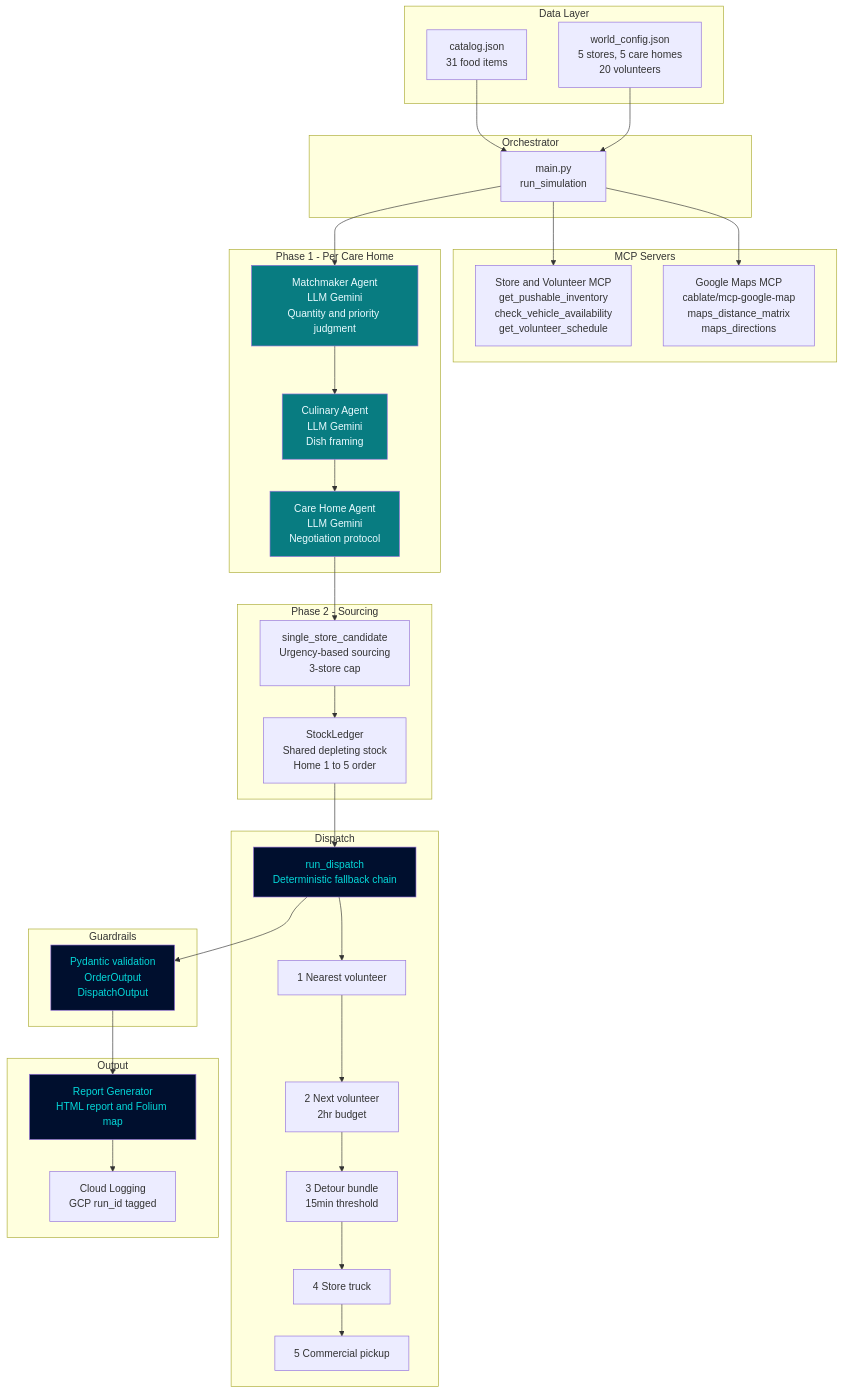
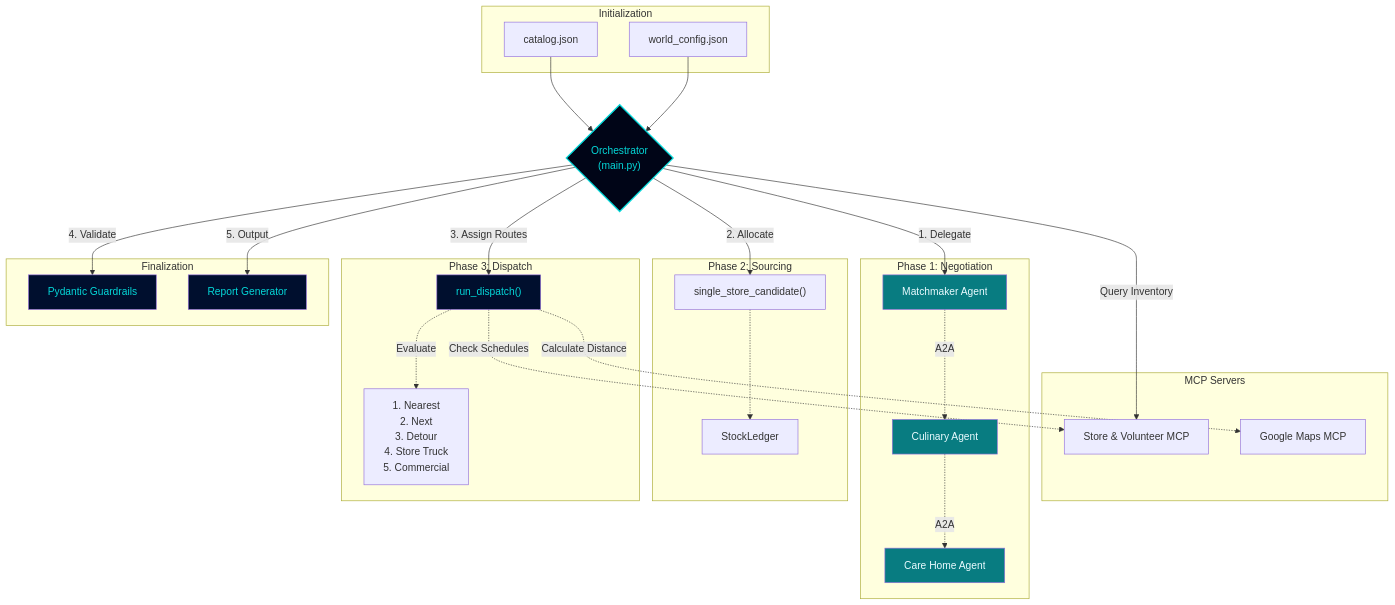
Before and after one commit to bvsprathap/SurplusCart: the diagram in README.md, drawn with Mermaid.

Commit message:
Update architecture diagram to show Orchestrator interaction model

````diff
--- a/README.md
+++ b/README.md
@@ -27,67 +27,64 @@
 ```mermaid
 graph TD
-    subgraph DataLayer["Data Layer"]
-        CJ["catalog.json<br/>31 food items"]
-        WC["world_config.json<br/>5 stores, 5 care homes<br/>20 volunteers"]
+    O{"Orchestrator<br/>(main.py)"}
+
+    subgraph Initialization
+        CJ["catalog.json"]
+        WC["world_config.json"]
     end
 
     subgraph MCPServers["MCP Servers"]
-        SMCP["Store and Volunteer MCP<br/>get_pushable_inventory<br/>check_vehicle_availability<br/>get_volunteer_schedule"]
-        GMCP["Google Maps MCP<br/>cablate/mcp-google-map<br/>maps_distance_matrix<br/>maps_directions"]
+        SMCP["Store & Volunteer MCP"]
+        GMCP["Google Maps MCP"]
     end
 
-    subgraph Orchestrator
-        O["main.py<br/>run_simulation"]
+    subgraph Phase1["Phase 1: Negotiation"]
+        MA["Matchmaker Agent"]
+        CA["Culinary Agent"]
+        NA["Care Home Agent"]
     end
 
-    subgraph Phase1["Phase 1 - Per Care Home"]
-        MA["Matchmaker Agent<br/>LLM Gemini<br/>Quantity and priority judgment"]
-        CA["Culinary Agent<br/>LLM Gemini<br/>Dish framing"]
-        NA["Care Home Agent<br/>LLM Gemini<br/>Negotiation protocol"]
+    subgraph Phase2["Phase 2: Sourcing"]
+        SC["single_store_candidate()"]
+        SL["StockLedger"]
     end
 
-    subgraph Phase2["Phase 2 - Sourcing"]
-        SL["StockLedger<br/>Shared depleting stock<br/>Home 1 to 5 order"]
-        SC["single_store_candidate<br/>Urgency-based sourcing<br/>3-store cap"]
+    subgraph Phase3["Phase 3: Dispatch"]
+        D["run_dispatch()"]
+        Chain["1. Nearest<br/>2. Next<br/>3. Detour<br/>4. Store Truck<br/>5. Commercial"]
     end
 
-    subgraph DispatchLayer["Dispatch"]
-        D["run_dispatch<br/>Deterministic fallback chain"]
-        D1["1 Nearest volunteer"]
-        D2["2 Next volunteer<br/>2hr budget"]
-        D3["3 Detour bundle<br/>15min threshold"]
-        D4["4 Store truck"]
-        D5["5 Commercial pickup"]
+    subgraph Finalization
+        G["Pydantic Guardrails"]
+        R["Report Generator"]
     end
 
-    subgraph Guardrails
-        G["Pydantic validation<br/>OrderOutput<br/>DispatchOutput"]
-    end
-
-    subgraph OutputLayer["Output"]
-        R["Report Generator<br/>HTML report and Folium map"]
-        L["Cloud Logging<br/>GCP run_id tagged"]
-    end
-
+    %% Flow
     CJ --> O
     WC --> O
-    O --> SMCP
-    O --> GMCP
-    O --> MA
-    MA --> CA
-    CA --> NA
-    NA --> SC
-    SC --> SL
-    SL --> D
-    D --> D1 --> D2 --> D3 --> D4 --> D5
-    D --> G
-    G --> R
-    R --> L
 
+    %% Orchestrator connections
+    O -->|Query Inventory| SMCP
+    
+    O -->|1. Delegate| MA
+    MA -.->|A2A| CA -.->|A2A| NA
+    
+    O -->|2. Allocate| SC
+    SC -.-> SL
+    
+    O -->|3. Assign Routes| D
+    D -.->|Evaluate| Chain
+    D -.->|Check Schedules| SMCP
+    D -.->|Calculate Distance| GMCP
+    
+    O -->|4. Validate| G
+    O -->|5. Output| R
+
+    style O fill:#000517,color:#04D8D9,stroke:#04D8D9,stroke-width:2px
     style MA fill:#087C81,color:#EAFBFF
     style CA fill:#087C81,color:#EAFBFF
     style NA fill:#087C81,color:#EAFBFF
     style D fill:#000F2E,color:#04D8D9
     style G fill:#000F2E,color:#04D8D9
     style R fill:#000F2E,color:#04D8D9
 ```
````
